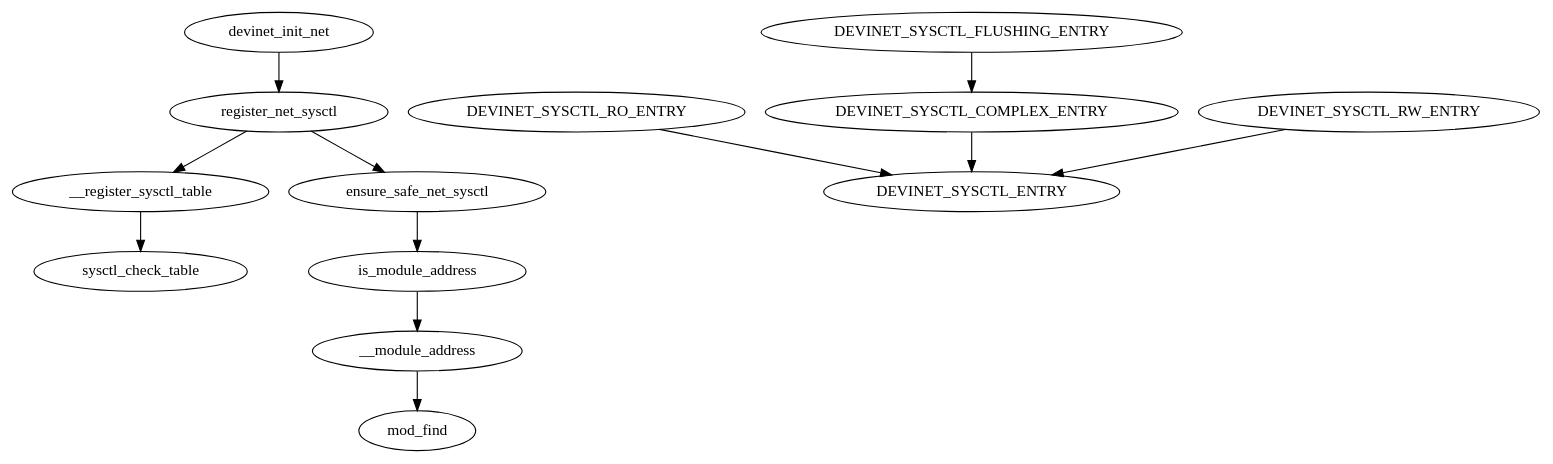
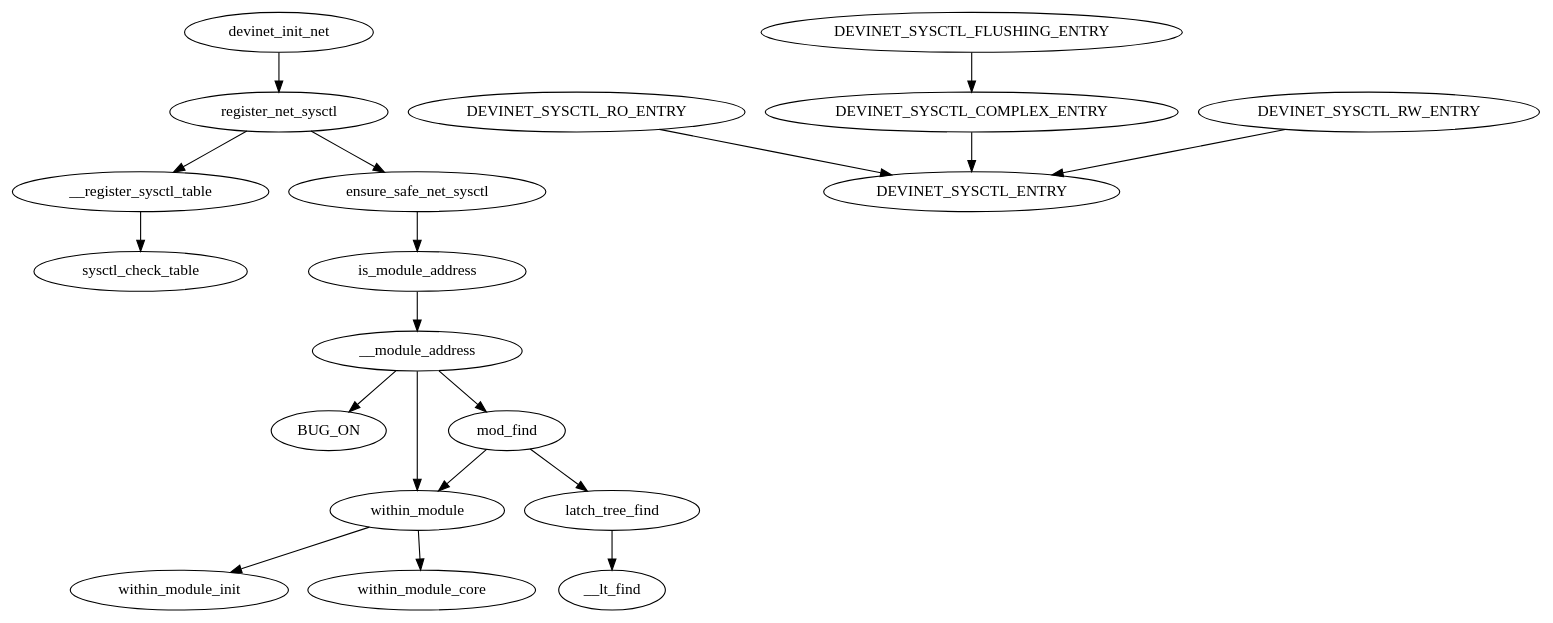
Before and after one commit to cendes/knob_graph_search: the diagram in ip_forward.dot, drawn with Graphviz. The commit also changed 34 other files, not shown here.

```diff
--- a/ip_forward.dot
+++ b/ip_forward.dot
@@ -1,13 +1,20 @@
-digraph "/home/cendes/Documents/masters_thesis/ocloz/knob_graph_search/./ip_forward.dot" {
+digraph "/home/cendes/Documents/masters_thesis/ocloz/knob_graphs/ip_forward.dot" {
 	 __register_sysctl_table -> sysctl_check_table
-	 __module_address -> mod_find
+	 __module_address -> BUG_ON
+	 within_module -> within_module_init
+	 within_module -> within_module_core
+	 latch_tree_find -> __lt_find
 	 is_module_address -> __module_address
 	 ensure_safe_net_sysctl -> is_module_address
 	 register_net_sysctl -> ensure_safe_net_sysctl
 	 DEVINET_SYSCTL_RO_ENTRY -> DEVINET_SYSCTL_ENTRY
 	 DEVINET_SYSCTL_COMPLEX_ENTRY -> DEVINET_SYSCTL_ENTRY
 	 DEVINET_SYSCTL_RW_ENTRY -> DEVINET_SYSCTL_ENTRY
+	 mod_find -> latch_tree_find
+	 __module_address -> mod_find
+	 __module_address -> within_module
+	 mod_find -> within_module
 	 devinet_init_net -> register_net_sysctl
 	 register_net_sysctl -> __register_sysctl_table
 	 DEVINET_SYSCTL_FLUSHING_ENTRY -> DEVINET_SYSCTL_COMPLEX_ENTRY
 }
```
